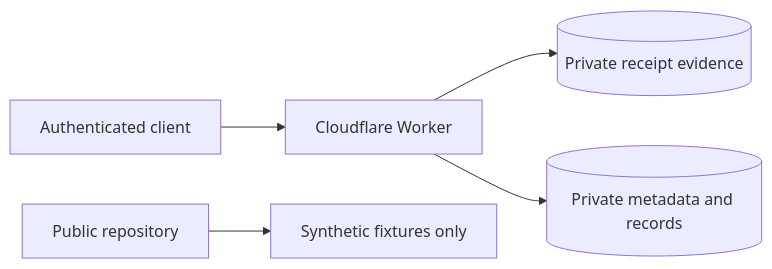
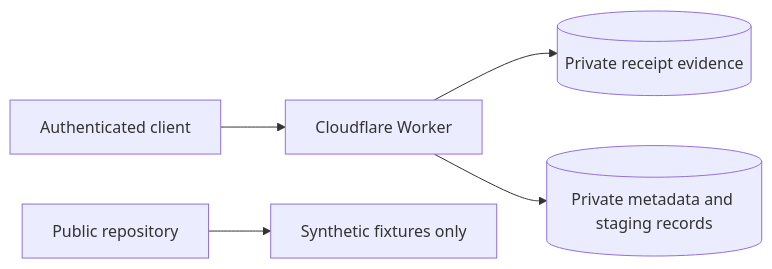
Before and after one commit to ryjen/shopping-inventory: the diagram in docs/runbooks/private-receipt-storage.md, drawn with Mermaid. The commit also changed other lines of this file and 8 other files, not shown here.

First line of the commit message:
Add private structured receipt staging ingestion

````diff
--- a/docs/runbooks/private-receipt-storage.md
+++ b/docs/runbooks/private-receipt-storage.md
@@ -9,7 +9,7 @@
 ```mermaid
 flowchart LR
   Client[Authenticated client] --> Worker[Cloudflare Worker]
   Worker --> R2[(Private receipt evidence)]
-  Worker --> D1[(Private metadata and records)]
+  Worker --> D1[(Private metadata and staging records)]
   Repo[Public repository] --> Fixtures[Synthetic fixtures only]
 ```
````
